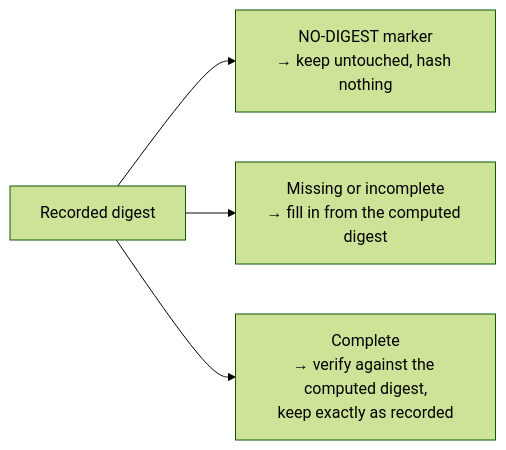
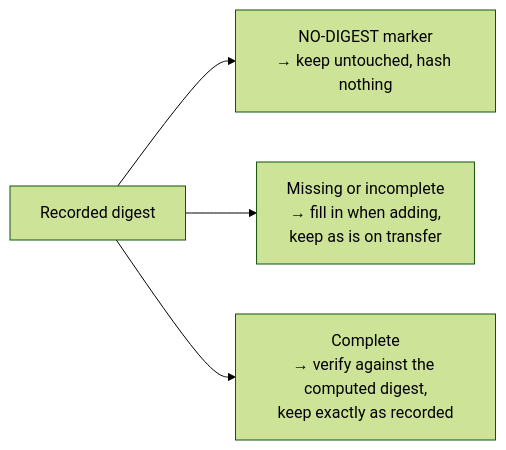
Before and after one commit to open-component-model/open-component-model: the diagram in docs/adr/0032_resource_digest_rules.md, drawn with Mermaid (forest theme). The commit also changed other lines of this file, not shown here.

Commit message:
docs(adr): fill in digests only on add, keep them on transfer

````diff
--- a/docs/adr/0032_resource_digest_rules.md
+++ b/docs/adr/0032_resource_digest_rules.md
@@ -91,6 +91,6 @@
 ```mermaid
 flowchart LR
     R["Recorded digest"] --> X["NO-DIGEST marker<br/>→ keep untouched, hash nothing"]
-    R --> N["Missing or incomplete<br/>→ fill in from the computed digest"]
+    R --> N["Missing or incomplete<br/>→ fill in when adding,<br/>keep as is on transfer"]
     R --> C["Complete<br/>→ verify against the computed digest,<br/>keep exactly as recorded"]
 ```
````
